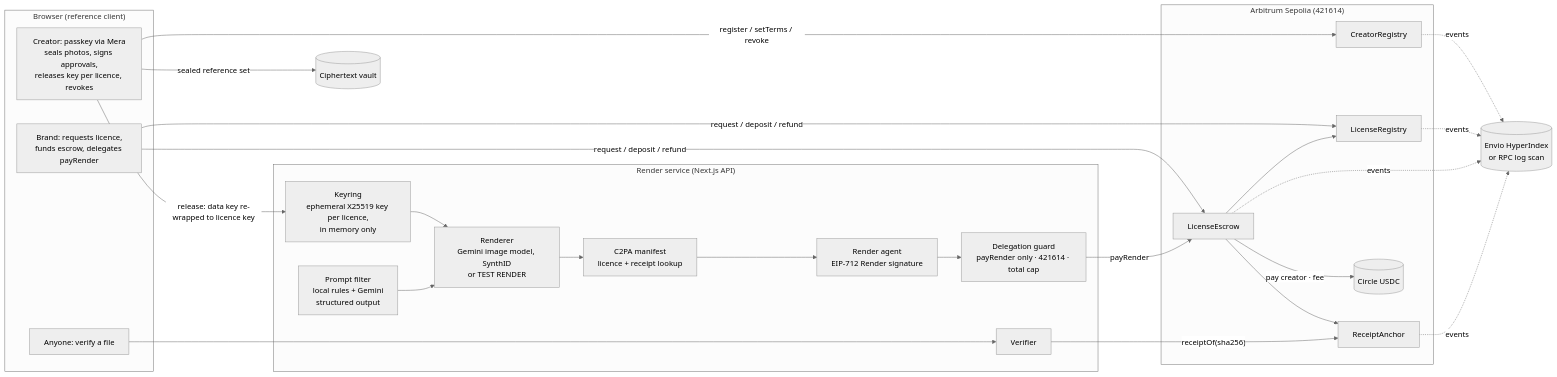
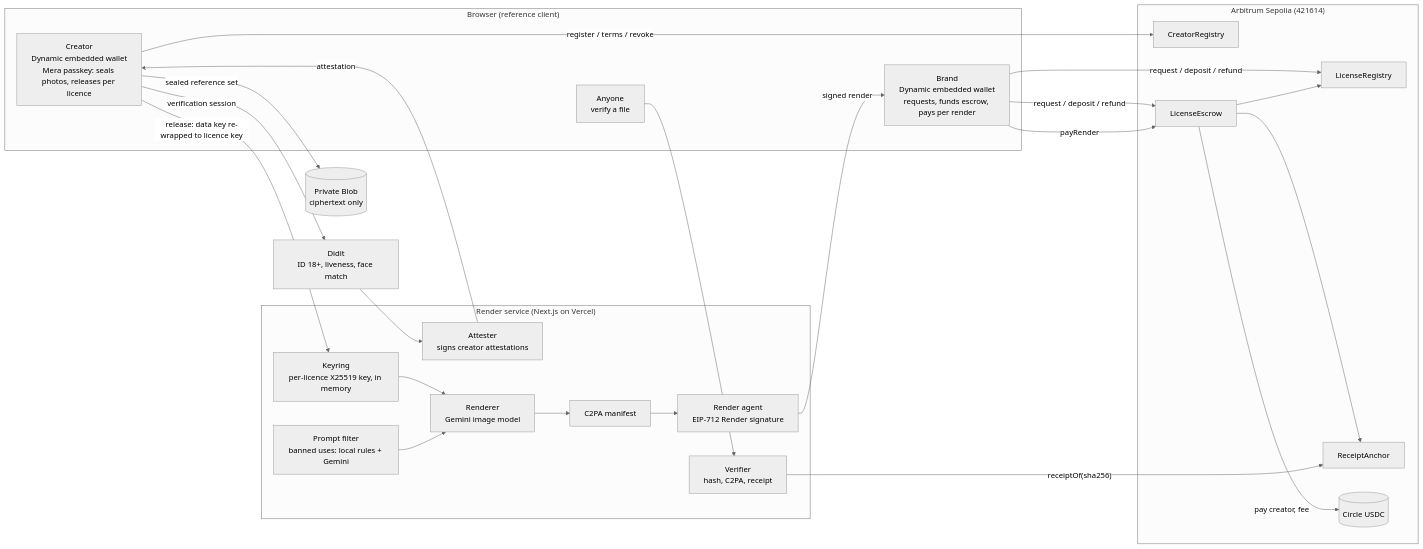
Before and after one commit to rohitshukla11/Metropolis: the diagram in README.md, drawn with Mermaid (neutral theme). The commit also changed other lines of this file, not shown here.

Commit message:
README for Colosseum: problem, how it works, architecture, why Arbitrum and USDC, deployed contracts, business model, running and deploying, privacy and safety, limitations and roadmap, disclosures

````diff
--- a/README.md
+++ b/README.md
@@ -21,37 +47,40 @@
 ```mermaid
 flowchart LR
   subgraph Browser["Browser (reference client)"]
-    C[Creator: passkey via Mera<br/>seals photos, signs approvals,<br/>releases key per licence, revokes]
-    B[Brand: requests licence,<br/>funds escrow, delegates payRender]
-    V[Anyone: verify a file]
+    C["Creator<br/>Dynamic embedded wallet<br/>Mera passkey: seals photos, releases per licence"]
+    B["Brand<br/>Dynamic embedded wallet<br/>requests, funds escrow, pays per render"]
+    V["Anyone<br/>verify a file"]
   end
-  subgraph Server["Render service (Next.js API)"]
-    K[Keyring<br/>ephemeral X25519 key per licence,<br/>in memory only]
-    F[Prompt filter<br/>local rules + Gemini<br/>structured output]
-    R[Renderer<br/>Gemini image model, SynthID<br/>or TEST RENDER]
-    M[C2PA manifest<br/>licence + receipt lookup]
-    A[Render agent<br/>EIP-712 Render signature]
-    D[Delegation guard<br/>payRender only · 421614 · total cap]
-    VS[Verifier]
+  subgraph Server["Render service (Next.js on Vercel)"]
+    ATT["Attester<br/>signs creator attestations"]
+    K["Keyring<br/>per-licence X25519 key, in memory"]
+    F["Prompt filter<br/>banned uses: local rules + Gemini"]
+    R["Renderer<br/>Gemini image model"]
+    M["C2PA manifest"]
+    A["Render agent<br/>EIP-712 Render signature"]
+    VS["Verifier<br/>hash, C2PA, receipt"]
   end
   subgraph Arbitrum["Arbitrum Sepolia (421614)"]
     CR[CreatorRegistry]
     LR[LicenseRegistry]
     LE[LicenseEscrow]
     RA[ReceiptAnchor]
-    U[(Circle USDC)]
+    U[("Circle USDC")]
   end
-  IDX[(Envio HyperIndex<br/>or RPC log scan)]
-  VAULT[(Ciphertext vault)]
+  DID["Didit<br/>ID 18+, liveness, face match"]
+  VAULT[("Private Blob<br/>ciphertext only")]
 
+  C -- verification session --> DID --> ATT
   C -- sealed reference set --> VAULT
-  C -- register / setTerms / revoke --> CR
+  ATT -- attestation --> C
+  C -- register / terms / revoke --> CR
   C -- release: data key re-wrapped to licence key --> K
   B -- request / deposit / refund --> LR & LE
   K --> R
-  F --> R --> M --> A --> D -- payRender --> LE
-  LE -- pay creator · fee --> U
+  F --> R --> M --> A
+  A -- signed render --> B
+  B -- payRender --> LE
+  LE -- pay creator, fee --> U
   LE --> LR & RA
   V --> VS -- receiptOf(sha256) --> RA
-  CR & LR & LE & RA -. events .-> IDX
 ```
````
